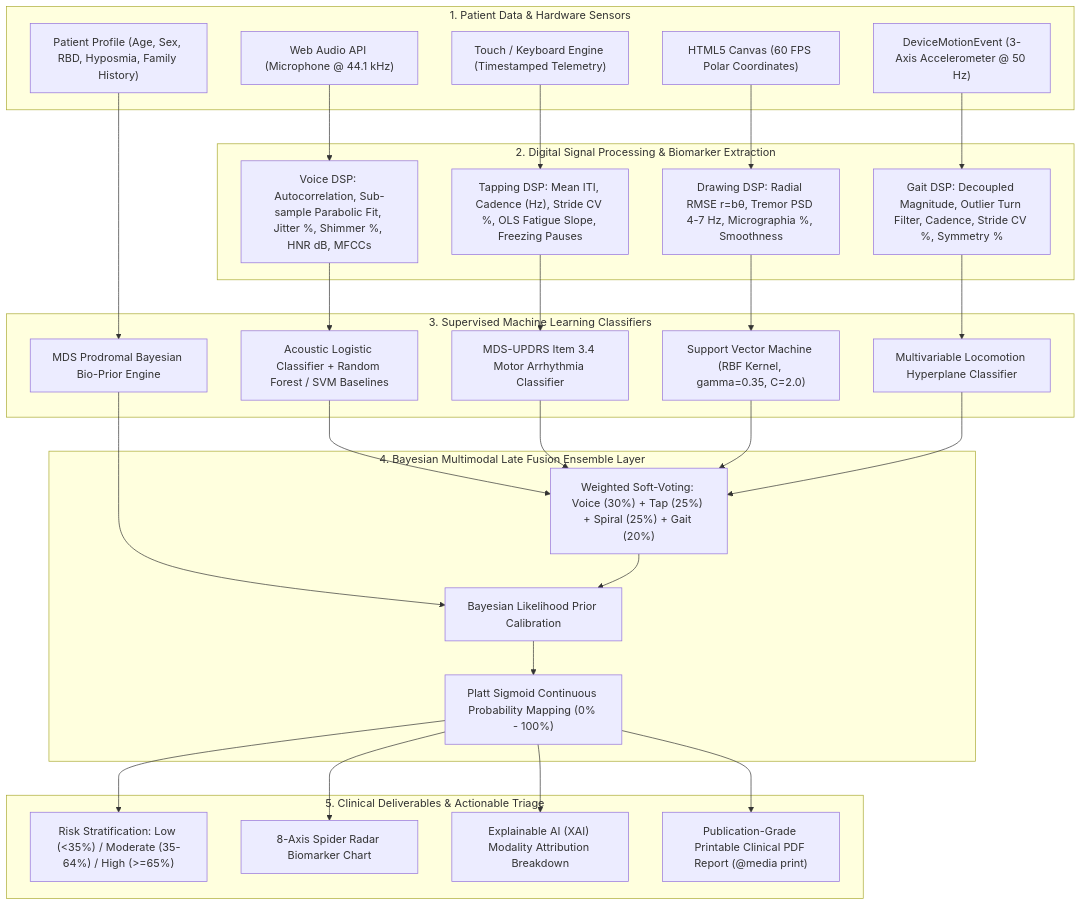
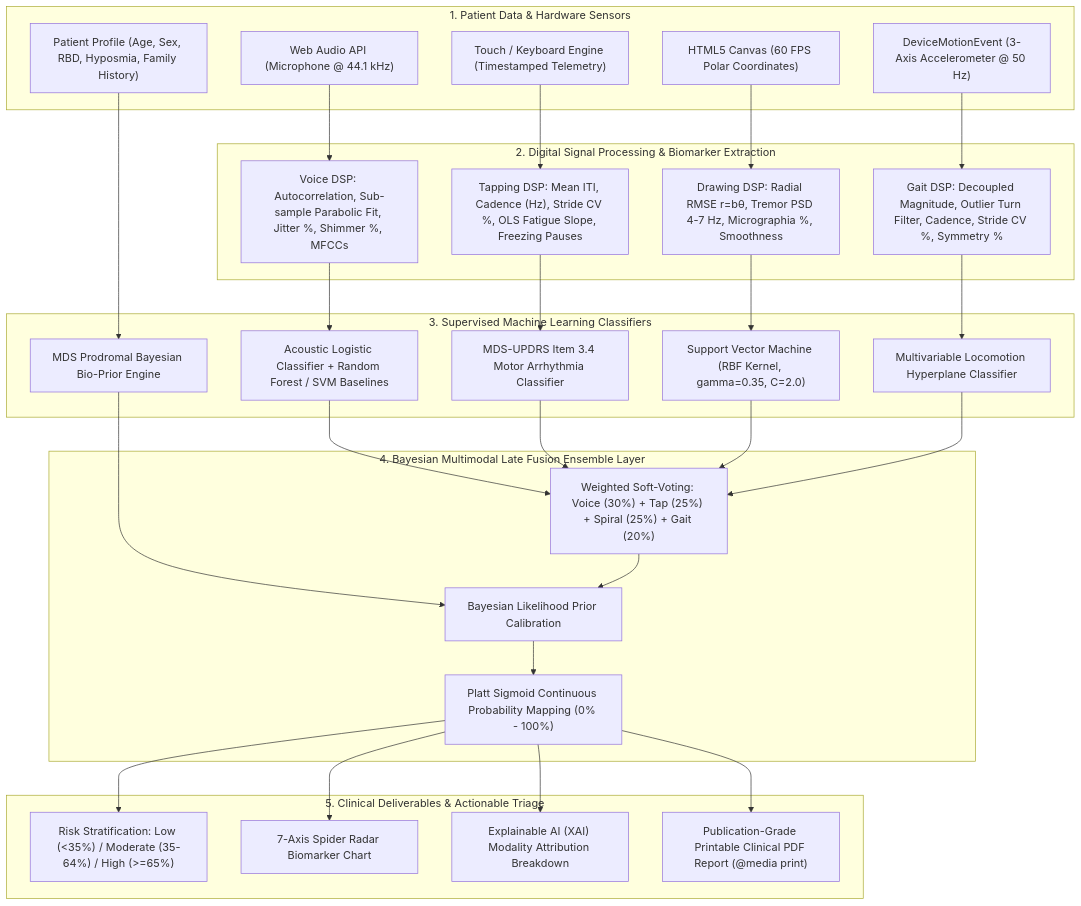
The first of 7 diagrams in MODULE_ARCHITECTURE_AND_FLOWCHARTS.md (Amar-spe/neuroscreen-pd), drawn with Mermaid before and after one commit. The commit also changed other lines of this file and 7 other files, not shown here.

Commit message:
Remove HNR (Harmonics-to-Noise Ratio) from voice module, radar chart, and multimodal assessment documentation

````diff
--- a/MODULE_ARCHITECTURE_AND_FLOWCHARTS.md
+++ b/MODULE_ARCHITECTURE_AND_FLOWCHARTS.md
@@ -13,56 +13,56 @@
 ```mermaid
 flowchart TD
     subgraph SENSORS["1. Patient Data & Hardware Sensors"]
         P0["Patient Profile (Age, Sex, RBD, Hyposmia, Family History)"]
         S1["Web Audio API (Microphone @ 44.1 kHz)"]
         S2["Touch / Keyboard Engine (Timestamped Telemetry)"]
         S3["HTML5 Canvas (60 FPS Polar Coordinates)"]
         S4["DeviceMotionEvent (3-Axis Accelerometer @ 50 Hz)"]
     end
 
     subgraph DSP["2. Digital Signal Processing & Biomarker Extraction"]
-        D1["Voice DSP: Autocorrelation, Sub-sample Parabolic Fit, Jitter %, Shimmer %, HNR dB, MFCCs"]
+        D1["Voice DSP: Autocorrelation, Sub-sample Parabolic Fit, Jitter %, Shimmer %, MFCCs"]
         D2["Tapping DSP: Mean ITI, Cadence (Hz), Stride CV %, OLS Fatigue Slope, Freezing Pauses"]
         D3["Drawing DSP: Radial RMSE r=bθ, Tremor PSD 4-7 Hz, Micrographia %, Smoothness"]
         D4["Gait DSP: Decoupled Magnitude, Outlier Turn Filter, Cadence, Stride CV %, Symmetry %"]
     end
 
     subgraph MODELS["3. Supervised Machine Learning Classifiers"]
         M0["MDS Prodromal Bayesian Bio-Prior Engine"]
         M1["Acoustic Logistic Classifier + Random Forest / SVM Baselines"]
         M2["MDS-UPDRS Item 3.4 Motor Arrhythmia Classifier"]
         M3["Support Vector Machine (RBF Kernel, gamma=0.35, C=2.0)"]
         M4["Multivariable Locomotion Hyperplane Classifier"]
     end
 
     subgraph FUSION["4. Bayesian Multimodal Late Fusion Ensemble Layer"]
         F1["Weighted Soft-Voting: Voice (30%) + Tap (25%) + Spiral (25%) + Gait (20%)"]
         F2["Bayesian Likelihood Prior Calibration"]
         F3["Platt Sigmoid Continuous Probability Mapping (0% - 100%)"]
     end
 
     subgraph OUTPUT["5. Clinical Deliverables & Actionable Triage"]
         O1["Risk Stratification: Low (<35%) / Moderate (35-64%) / High (>=65%)"]
-        O2["8-Axis Spider Radar Biomarker Chart"]
+        O2["7-Axis Spider Radar Biomarker Chart"]
         O3["Explainable AI (XAI) Modality Attribution Breakdown"]
         O4["Publication-Grade Printable Clinical PDF Report (@media print)"]
     end
 
     P0 --> M0
     S1 --> D1 --> M1
     S2 --> D2 --> M2
     S3 --> D3 --> M3
     S4 --> D4 --> M4
 
     M1 --> F1
     M2 --> F1
     M3 --> F1
     M4 --> F1
     M0 --> F2
 
     F1 --> F2 --> F3
     F3 --> O1
     F3 --> O2
     F3 --> O3
     F3 --> O4
 ```
````
